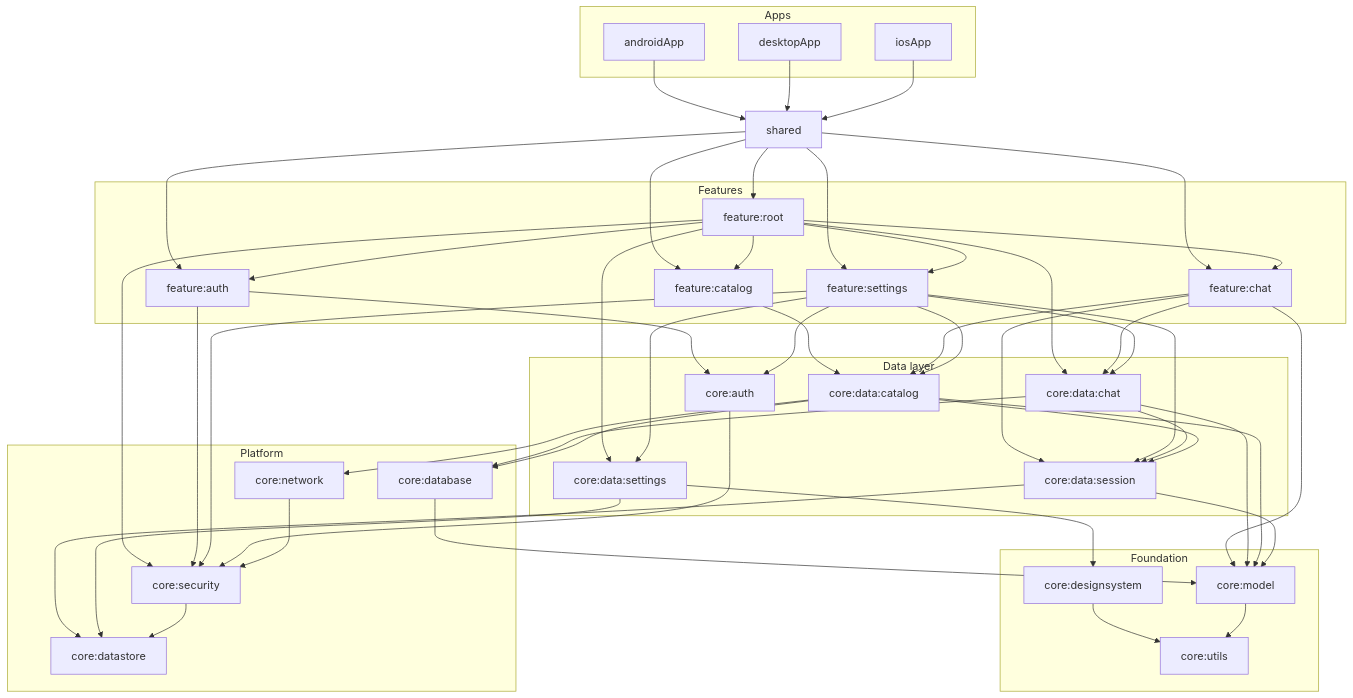
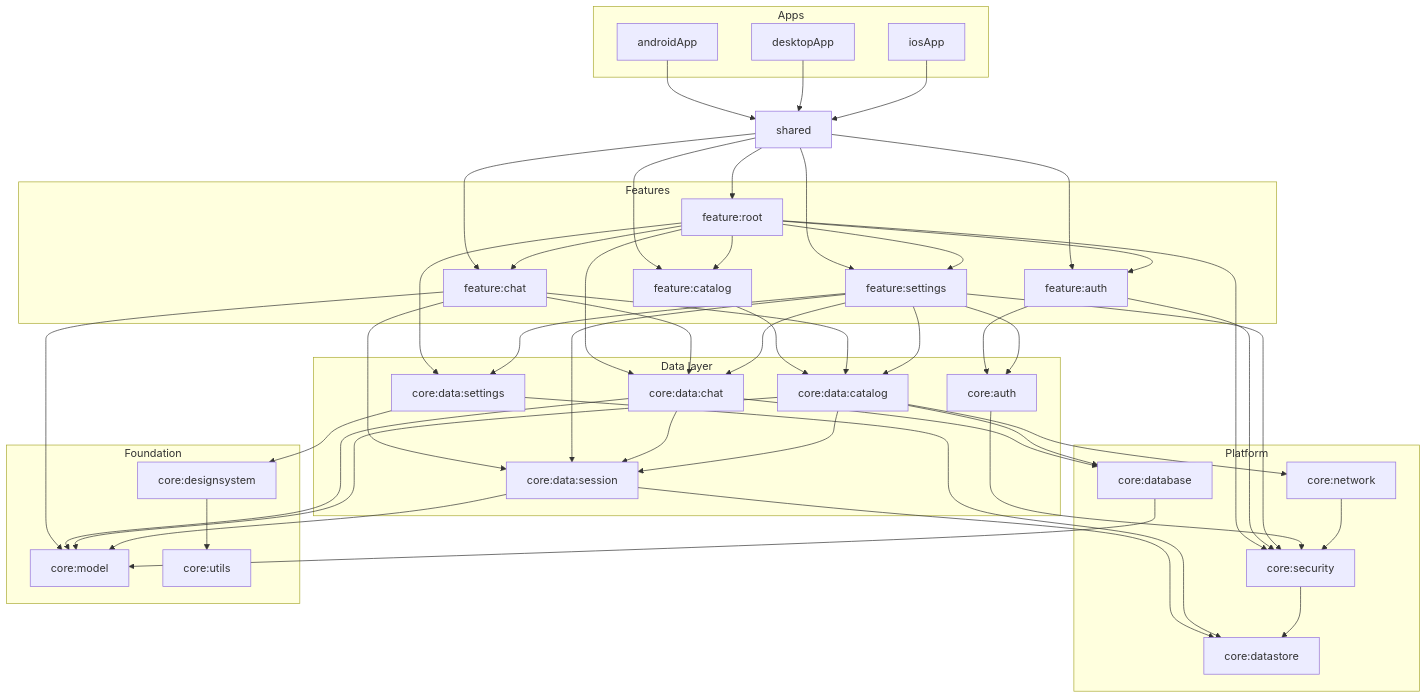
The diagram in README.md (Nu11Object/void-openrouter-client), drawn with Mermaid before and after one commit. The commit also changed other lines of this file, not shown here.

````diff
--- a/README.md
+++ b/README.md
@@ -224,5 +243,4 @@
     database --> model
     security --> datastore
     designsystem --> utils
-    model --> utils
 ```
````
